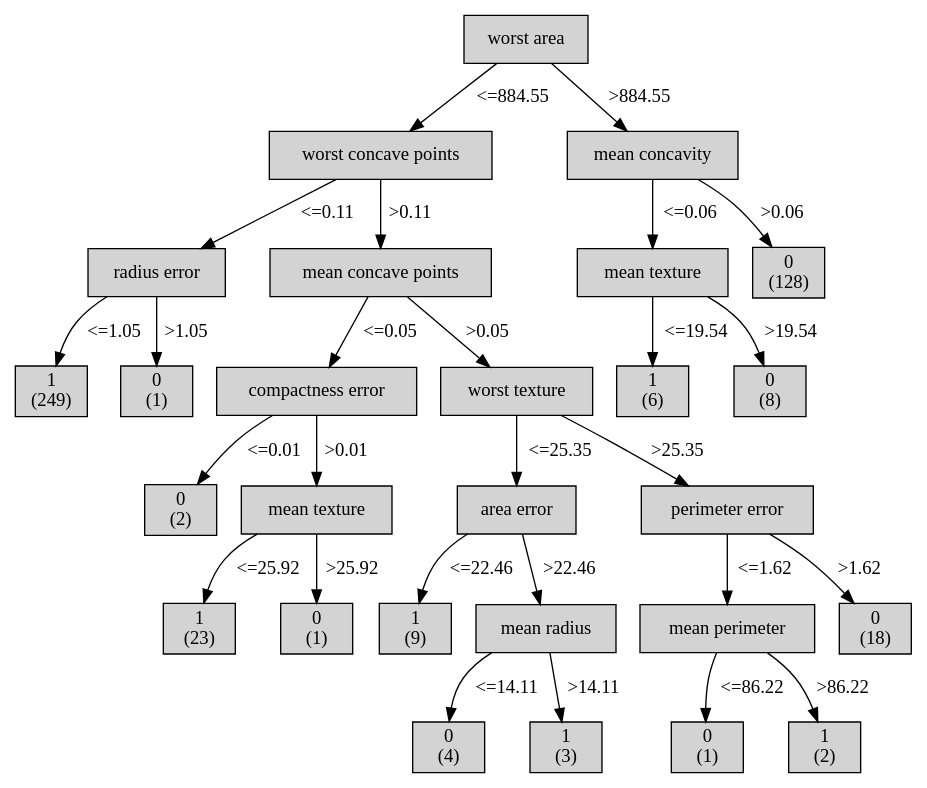
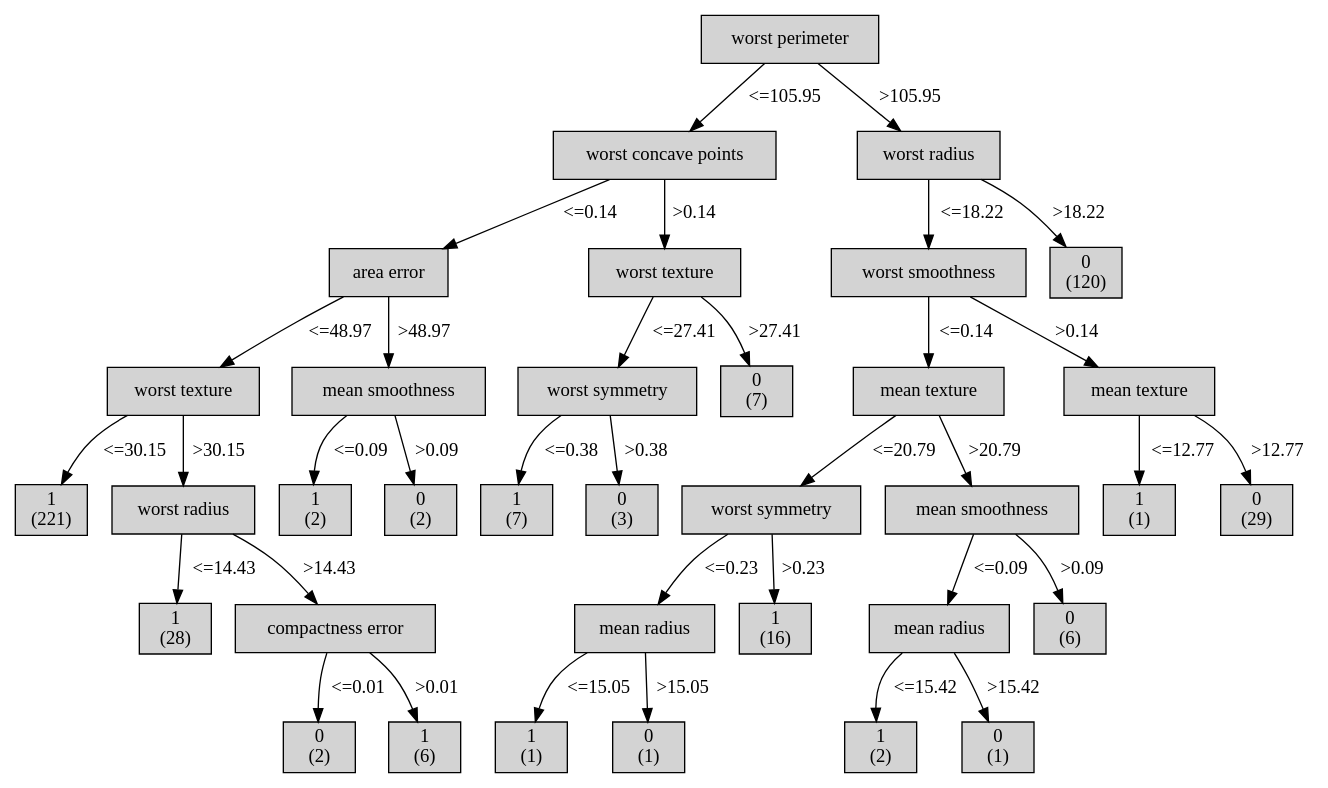
The diagram in Id3Estimator/graph.dot (muchammadibnu/tucil1ML), drawn with Graphviz before and after one commit. The commit also changed 11 other files, not shown here.

```diff
--- a/Id3Estimator/graph.dot
+++ b/Id3Estimator/graph.dot
@@ -1,103 +1,131 @@
 digraph ID3_Tree {
-"0" [shape=box, style=filled, label="worst area
+"0" [shape=box, style=filled, label="worst perimeter
 ", weight=1]
 "1" [shape=box, style=filled, label="worst concave points
 ", weight=2]
-0 -> 1 [ label = "<=884.55"];
-"2" [shape=box, style=filled, label="radius error
+0 -> 1 [ label = "<=105.95"];
+"2" [shape=box, style=filled, label="area error
 ", weight=3]
-1 -> 2 [ label = "<=0.11"];
-"3" [shape=box, style=filled, label="1
-(249)
+1 -> 2 [ label = "<=0.14"];
+"3" [shape=box, style=filled, label="worst texture
 ", weight=4]
-2 -> 3 [ label = "<=1.05"];
-"4" [shape=box, style=filled, label="0
-(1)
+2 -> 3 [ label = "<=48.97"];
+"4" [shape=box, style=filled, label="1
+(221)
+", weight=5]
+3 -> 4 [ label = "<=30.15"];
+"5" [shape=box, style=filled, label="worst radius
+", weight=5]
+3 -> 5 [ label = ">30.15"];
+"6" [shape=box, style=filled, label="1
+(28)
+", weight=6]
+5 -> 6 [ label = "<=14.43"];
+"7" [shape=box, style=filled, label="compactness error
+", weight=6]
+5 -> 7 [ label = ">14.43"];
+"8" [shape=box, style=filled, label="0
+(2)
+", weight=7]
+7 -> 8 [ label = "<=0.01"];
+"9" [shape=box, style=filled, label="1
+(6)
+", weight=7]
+7 -> 9 [ label = ">0.01"];
+"10" [shape=box, style=filled, label="mean smoothness
 ", weight=4]
-2 -> 4 [ label = ">1.05"];
-"5" [shape=box, style=filled, label="mean concave points
-", weight=3]
-1 -> 5 [ label = ">0.11"];
-"6" [shape=box, style=filled, label="compactness error
-", weight=4]
-5 -> 6 [ label = "<=0.05"];
-"7" [shape=box, style=filled, label="0
+2 -> 10 [ label = ">48.97"];
+"11" [shape=box, style=filled, label="1
 (2)
 ", weight=5]
-6 -> 7 [ label = "<=0.01"];
-"8" [shape=box, style=filled, label="mean texture
+10 -> 11 [ label = "<=0.09"];
+"12" [shape=box, style=filled, label="0
+(2)
 ", weight=5]
-6 -> 8 [ label = ">0.01"];
-"9" [shape=box, style=filled, label="1
-(23)
+10 -> 12 [ label = ">0.09"];
+"13" [shape=box, style=filled, label="worst texture
+", weight=3]
+1 -> 13 [ label = ">0.14"];
+"14" [shape=box, style=filled, label="worst symmetry
+", weight=4]
+13 -> 14 [ label = "<=27.41"];
+"15" [shape=box, style=filled, label="1
+(7)
+", weight=5]
+14 -> 15 [ label = "<=0.38"];
+"16" [shape=box, style=filled, label="0
+(3)
+", weight=5]
+14 -> 16 [ label = ">0.38"];
+"17" [shape=box, style=filled, label="0
+(7)
+", weight=4]
+13 -> 17 [ label = ">27.41"];
+"18" [shape=box, style=filled, label="worst radius
+", weight=2]
+0 -> 18 [ label = ">105.95"];
+"19" [shape=box, style=filled, label="worst smoothness
+", weight=3]
+18 -> 19 [ label = "<=18.22"];
+"20" [shape=box, style=filled, label="mean texture
+", weight=4]
+19 -> 20 [ label = "<=0.14"];
+"21" [shape=box, style=filled, label="worst symmetry
+", weight=5]
+20 -> 21 [ label = "<=20.79"];
+"22" [shape=box, style=filled, label="mean radius
 ", weight=6]
-8 -> 9 [ label = "<=25.92"];
-"10" [shape=box, style=filled, label="0
-(1)
-", weight=6]
-8 -> 10 [ label = ">25.92"];
-"11" [shape=box, style=filled, label="worst texture
-", weight=4]
-5 -> 11 [ label = ">0.05"];
-"12" [shape=box, style=filled, label="area error
-", weight=5]
-11 -> 12 [ label = "<=25.35"];
-"13" [shape=box, style=filled, label="1
-(9)
-", weight=6]
-12 -> 13 [ label = "<=22.46"];
-"14" [shape=box, style=filled, label="mean radius
-", weight=6]
-12 -> 14 [ label = ">22.46"];
-"15" [shape=box, style=filled, label="0
-(4)
-", weight=7]
-14 -> 15 [ label = "<=14.11"];
-"16" [shape=box, style=filled, label="1
-(3)
-", weight=7]
-14 -> 16 [ label = ">14.11"];
-"17" [shape=box, style=filled, label="perimeter error
-", weight=5]
-11 -> 17 [ label = ">25.35"];
-"18" [shape=box, style=filled, label="mean perimeter
-", weight=6]
-17 -> 18 [ label = "<=1.62"];
-"19" [shape=box, style=filled, label="0
+21 -> 22 [ label = "<=0.23"];
+"23" [shape=box, style=filled, label="1
 (1)
 ", weight=7]
-18 -> 19 [ label = "<=86.22"];
-"20" [shape=box, style=filled, label="1
+22 -> 23 [ label = "<=15.05"];
+"24" [shape=box, style=filled, label="0
+(1)
+", weight=7]
+22 -> 24 [ label = ">15.05"];
+"25" [shape=box, style=filled, label="1
+(16)
+", weight=6]
+21 -> 25 [ label = ">0.23"];
+"26" [shape=box, style=filled, label="mean smoothness
+", weight=5]
+20 -> 26 [ label = ">20.79"];
+"27" [shape=box, style=filled, label="mean radius
+", weight=6]
+26 -> 27 [ label = "<=0.09"];
+"28" [shape=box, style=filled, label="1
 (2)
 ", weight=7]
-18 -> 20 [ label = ">86.22"];
-"21" [shape=box, style=filled, label="0
-(18)
+27 -> 28 [ label = "<=15.42"];
+"29" [shape=box, style=filled, label="0
+(1)
+", weight=7]
+27 -> 29 [ label = ">15.42"];
+"30" [shape=box, style=filled, label="0
+(6)
 ", weight=6]
-17 -> 21 [ label = ">1.62"];
-"22" [shape=box, style=filled, label="mean concavity
-", weight=2]
-0 -> 22 [ label = ">884.55"];
-"23" [shape=box, style=filled, label="mean texture
+26 -> 30 [ label = ">0.09"];
+"31" [shape=box, style=filled, label="mean texture
+", weight=4]
+19 -> 31 [ label = ">0.14"];
+"32" [shape=box, style=filled, label="1
+(1)
+", weight=5]
+31 -> 32 [ label = "<=12.77"];
+"33" [shape=box, style=filled, label="0
+(29)
+", weight=5]
+31 -> 33 [ label = ">12.77"];
+"34" [shape=box, style=filled, label="0
+(120)
 ", weight=3]
-22 -> 23 [ label = "<=0.06"];
-"24" [shape=box, style=filled, label="1
-(6)
-", weight=4]
-23 -> 24 [ label = "<=19.54"];
-"25" [shape=box, style=filled, label="0
-(8)
-", weight=4]
-23 -> 25 [ label = ">19.54"];
-"26" [shape=box, style=filled, label="0
-(128)
-", weight=3]
-22 -> 26 [ label = ">0.06"];
+18 -> 34 [ label = ">18.22"];
 {rank=same; 0;};
-{rank=same; 1;22;};
-{rank=same; 2;5;23;26;};
-{rank=same; 3;4;6;11;24;25;};
-{rank=same; 7;8;12;17;};
-{rank=same; 9;10;13;14;18;21;};
-{rank=same; 15;16;19;20;};
+{rank=same; 1;18;};
+{rank=same; 2;13;19;34;};
+{rank=same; 3;10;14;17;20;31;};
+{rank=same; 4;5;11;12;15;16;21;26;32;33;};
+{rank=same; 6;7;22;25;27;30;};
+{rank=same; 8;9;23;24;28;29;};
 }
```
